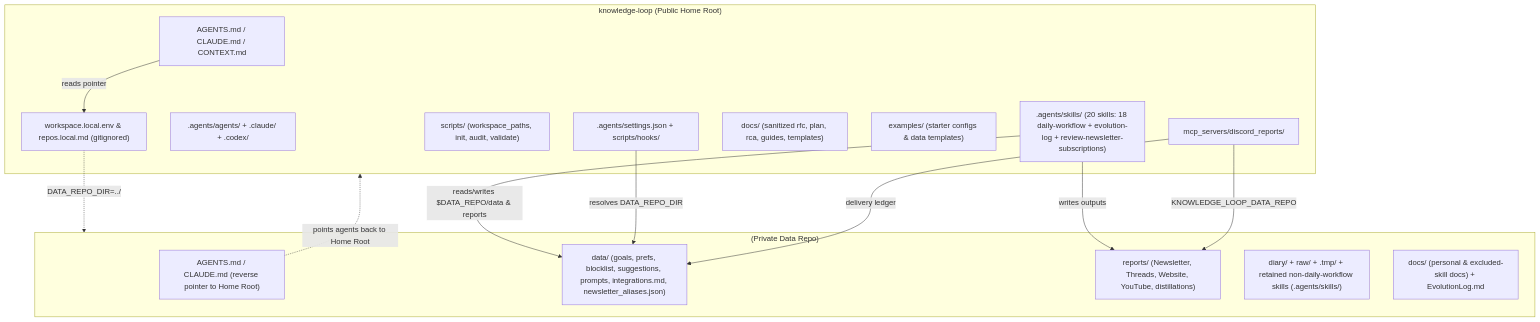
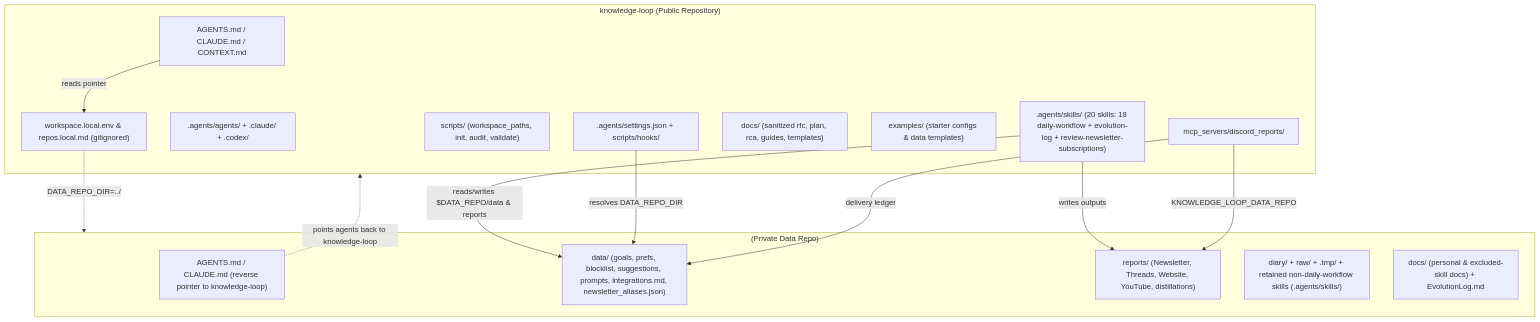
One commit to allanbian1017/knowledge-loop changed the diagram in docs/rfc/home-repo-pattern-architecture.md. Above: the diagram before and after it, drawn with Mermaid. The commit also changed other lines of this file and 34 other files, not shown here.

Commit message:
chore: address PR review feedback (keep EvolutionLog, rename setup-guide, remove Home Root naming, add config examples)

````diff
--- a/docs/rfc/home-repo-pattern-architecture.md
+++ b/docs/rfc/home-repo-pattern-architecture.md
@@ -38,31 +38,31 @@
 ```mermaid
 graph TD
-    subgraph Public["knowledge-loop (Public Home Root)"]
+    subgraph Public["knowledge-loop (Public Repository)"]
         H_Agents["AGENTS.md / CLAUDE.md / CONTEXT.md"]
         H_Skills[".agents/skills/ (20 skills: 18 daily-workflow + evolution-log + review-newsletter-subscriptions)"]
         H_Personas[".agents/agents/ + .claude/ + .codex/"]
         H_Hooks[".agents/settings.json + scripts/hooks/"]
         H_Scripts["scripts/ (workspace_paths, init, audit, validate)"]
         H_MCP["mcp_servers/discord_reports/"]
         H_Docs["docs/ (sanitized rfc, plan, rca, guides, templates)"]
         H_Examples["examples/ (starter configs & data templates)"]
         H_Local["workspace.local.env & repos.local.md (gitignored)"]
     end
 
     subgraph Private["<data-repo> (Private Data Repo)"]
-        D_Agents["AGENTS.md / CLAUDE.md (reverse pointer to Home Root)"]
+        D_Agents["AGENTS.md / CLAUDE.md (reverse pointer to knowledge-loop)"]
         D_Data["data/ (goals, prefs, blocklist, suggestions, prompts, integrations.md, newsletter_aliases.json)"]
         D_Reports["reports/ (Newsletter, Threads, Website, YouTube, distillations)"]
         D_Other["diary/ + raw/ + .tmp/ + retained non-daily-workflow skills (.agents/skills/)"]
         D_PrivDocs["docs/ (personal & excluded-skill docs) + EvolutionLog.md"]
     end
 
     H_Agents -->|"reads pointer"| H_Local
     H_Local -.->|"DATA_REPO_DIR=../<data-repo>"| Private
     H_Skills -->|"reads/writes $DATA_REPO/data & reports"| D_Data
     H_Skills -->|"writes outputs"| D_Reports
     H_Hooks -->|"resolves DATA_REPO_DIR"| D_Data
     H_MCP -->|"KNOWLEDGE_LOOP_DATA_REPO"| D_Reports
     H_MCP -->|"delivery ledger"| D_Data
-    D_Agents -.->|"points agents back to Home Root"| Public
+    D_Agents -.->|"points agents back to knowledge-loop"| Public
 ```
````
